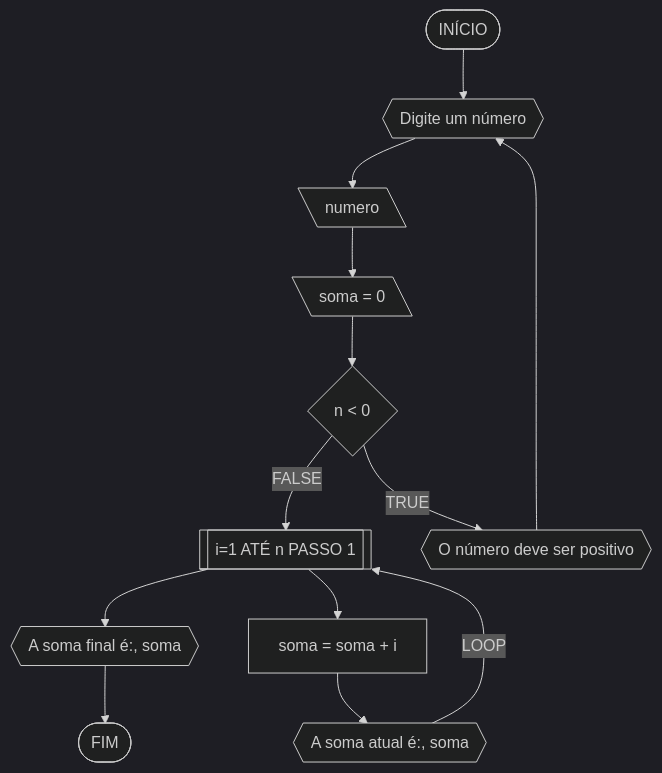
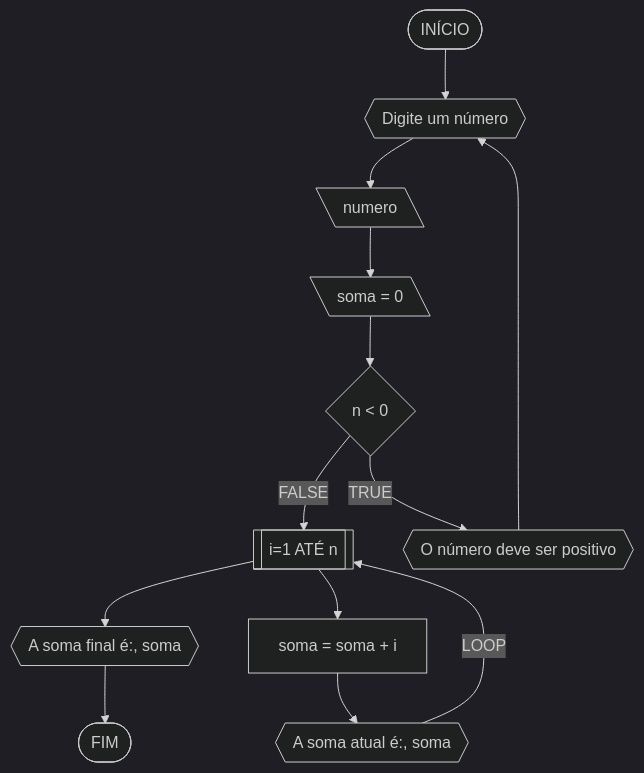
The third of 4 diagrams in RLA/AF1/AD1.md (LucasCarreiro7/UNIFOR), drawn with Mermaid (dark theme) before and after one commit. The commit also changed other lines of this file, not shown here.

````diff
--- a/RLA/AF1/AD1.md
+++ b/RLA/AF1/AD1.md
@@ -130,15 +130,15 @@
 ```mermaid
 flowchart TD
 A([INÍCIO]) --> B{{Digite um número}}
 B --> C[\numero\]
 C --> D[\soma = 0\]
 D --> E{n < 0}
-E --FALSE--> G[[i=1 ATÉ n PASSO 1]]
+E --FALSE--> G[[i=1 ATÉ n]]
 G --> J{{A soma final é:, soma}}
 G --> H[soma = soma + i]
 H --> I{{A soma atual é:, soma}}
 I --LOOP--> G
 E --TRUE--> F{{O número deve ser positivo}}
 F -->B
 J --> Z([FIM])
 ```
````
